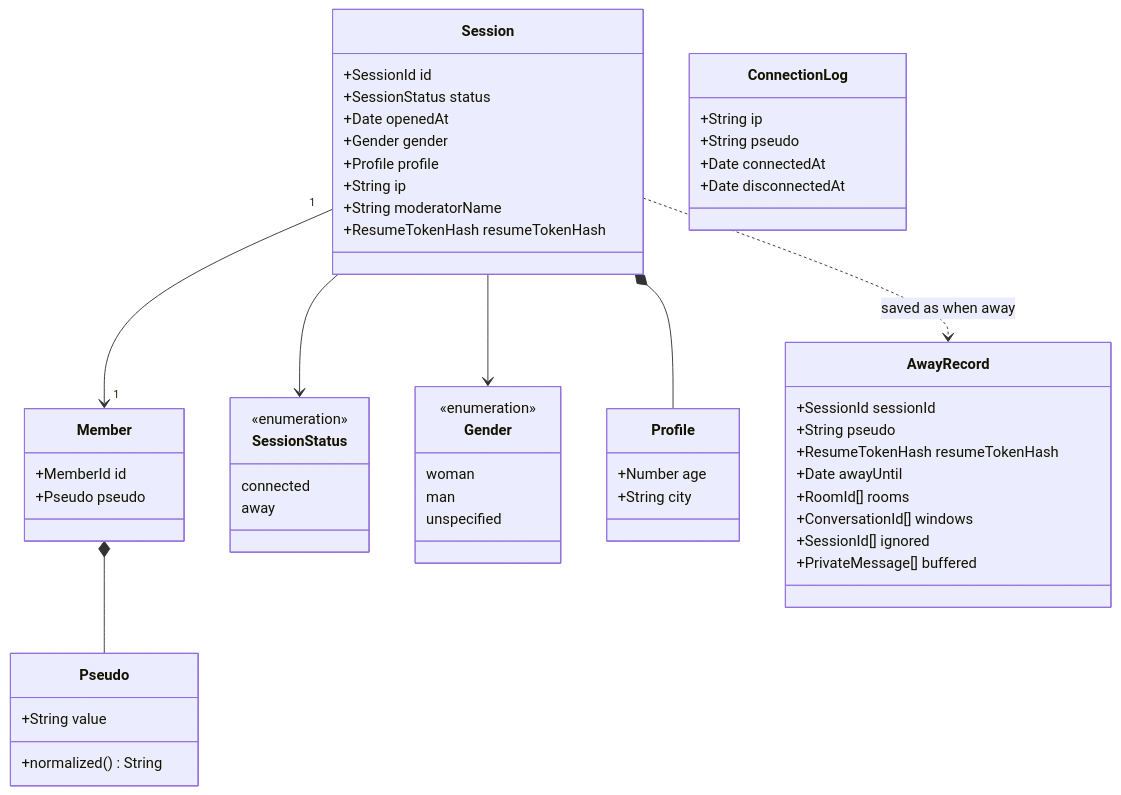
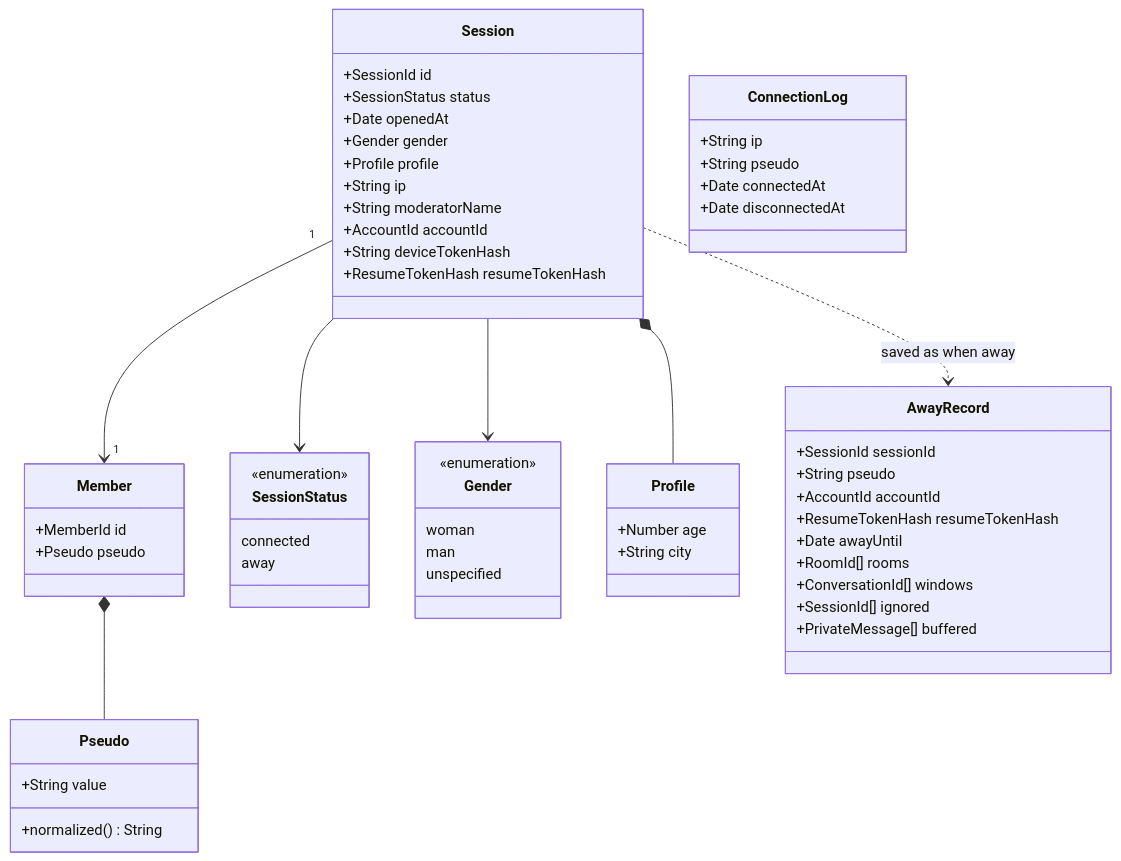
One commit to benoit-bremaud/asv changed the diagram in docs/architecture/diagrams/entry/04-class.md. Above: the diagram before and after it, drawn with Mermaid. The commit also changed other lines of this file and 43 other files, not shown here.

First line of the commit message:
docs: accounts for private messages, strikes, legal-first roadmap

````diff
--- a/docs/architecture/diagrams/entry/04-class.md
+++ b/docs/architecture/diagrams/entry/04-class.md
@@ -15,58 +15,61 @@
 ```mermaid
 classDiagram
   class Member {
     +MemberId id
     +Pseudo pseudo
   }
   class Pseudo {
     +String value
     +normalized() String
   }
   class Session {
     +SessionId id
     +SessionStatus status
     +Date openedAt
     +Gender gender
     +Profile profile
     +String ip
     +String moderatorName
+    +AccountId accountId
+    +String deviceTokenHash
     +ResumeTokenHash resumeTokenHash
   }
   class SessionStatus {
     <<enumeration>>
     connected
     away
   }
   class Gender {
     <<enumeration>>
     woman
     man
     unspecified
   }
   class Profile {
     +Number age
     +String city
   }
   class AwayRecord {
     +SessionId sessionId
     +String pseudo
+    +AccountId accountId
     +ResumeTokenHash resumeTokenHash
     +Date awayUntil
     +RoomId[] rooms
     +ConversationId[] windows
     +SessionId[] ignored
     +PrivateMessage[] buffered
   }
   class ConnectionLog {
     +String ip
     +String pseudo
     +Date connectedAt
     +Date disconnectedAt
   }
   Session "1" --> "1" Member
   Member *-- Pseudo
   Session *-- Profile
   Session --> Gender
   Session --> SessionStatus
   Session ..> AwayRecord : saved as when away
 ```
````
